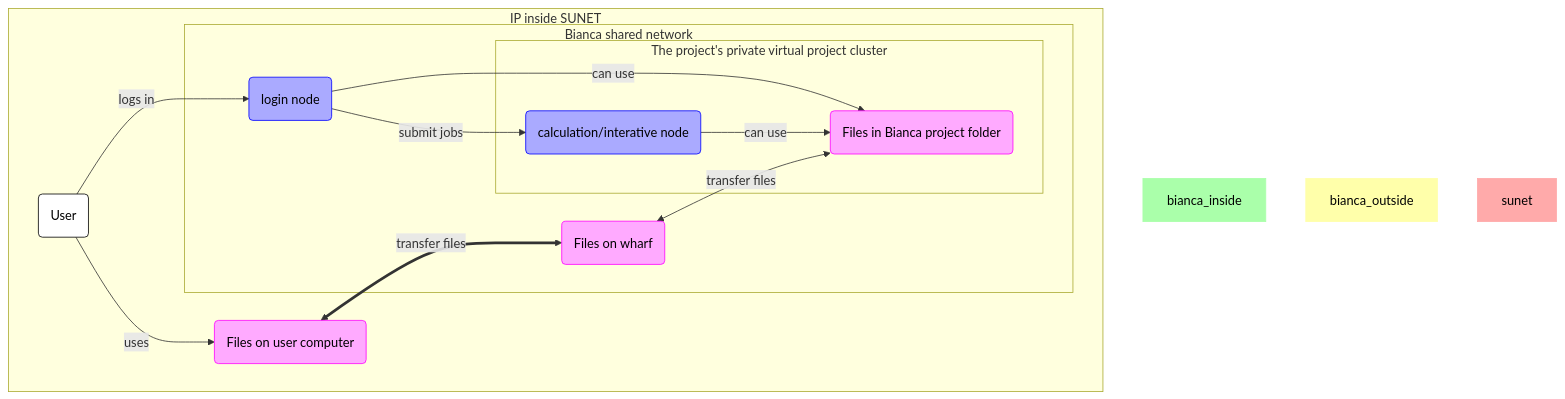
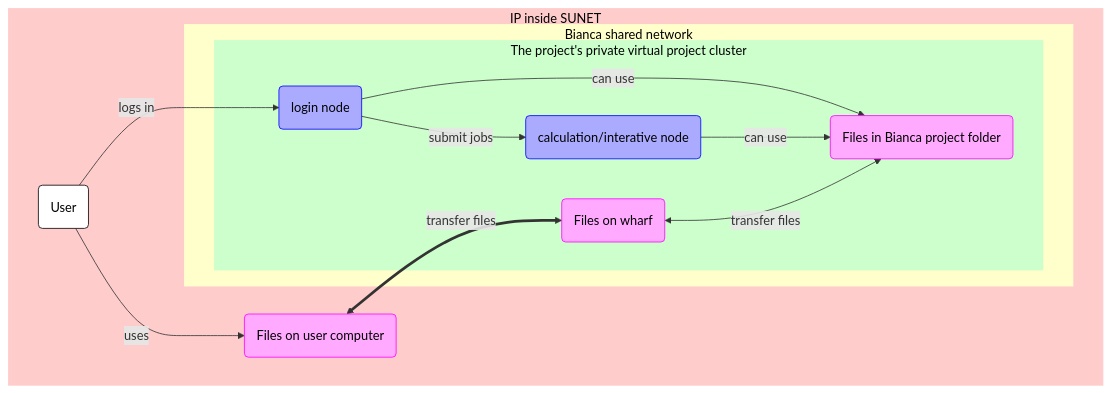
One commit to UPPMAX/UPPMAX-documentation changed the first of 2 diagrams in docs/cluster_guides/bianca_file_transfer_using_gui.md. Above: the diagram before and after it, drawn with Mermaid. The commit also changed other lines of this file, not shown here.

Commit message:
Ignore jumphosts

````diff
--- a/docs/cluster_guides/bianca_file_transfer_using_gui.md
+++ b/docs/cluster_guides/bianca_file_transfer_using_gui.md
@@ -31,38 +31,41 @@
 ```mermaid
 flowchart TD
 
     %% Give a white background to all nodes, instead of a transparent one
     classDef node fill:#fff,color:#000,stroke:#000
 
     %% Graph nodes for files and calculations
     classDef file_node fill:#faf,color:#000,stroke:#f0f
     classDef calculation_node fill:#aaf,color:#000,stroke:#00f
 
     subgraph sub_inside[IP inside SUNET]
       subgraph sub_bianca_shared_env[Bianca shared network]
-        login_node(login node):::calculation_node
-        files_on_wharf(Files on wharf):::file_node
         subgraph sub_bianca_private_env[The project's private virtual project cluster]
+          login_node(login node):::calculation_node
+          files_on_wharf(Files on wharf):::file_node
           calculation_node(calculation/interative node):::calculation_node
           files_in_bianca_project(Files in Bianca project folder):::file_node
         end
       end
       user(User)
       user_local_files(Files on user computer):::file_node
     end
-    style bianca_inside fill:#afa,color:#000,stroke:#afa
-    style bianca_outside fill:#ffa,color:#000,stroke:#ffa
-    style sunet fill:#faa,color:#000,stroke:#faa
+
+    %% Shared subgraph color scheme
+    %% style sub_outside fill:#ccc,color:#000,stroke:#ccc
+    style sub_inside fill:#fcc,color:#000,stroke:#fcc
+    style sub_bianca_shared_env fill:#ffc,color:#000,stroke:#ffc
+    style sub_bianca_private_env fill:#cfc,color:#000,stroke:#cfc
 
     user --> |logs in |login_node
     user --> |uses| user_local_files
 
     %% As of 2023-12-22, using `**text**` for bold face, does not render correctly
     %% user_local_files <== "`**transfer files**`" ==> files_on_wharf
     user_local_files <== "transfer files" ==> files_on_wharf
 
     login_node --> |submit jobs|calculation_node
     login_node --> |can use|files_in_bianca_project
     calculation_node --> |can use|files_in_bianca_project
     files_on_wharf <--> |transfer files| files_in_bianca_project
 ```
````
